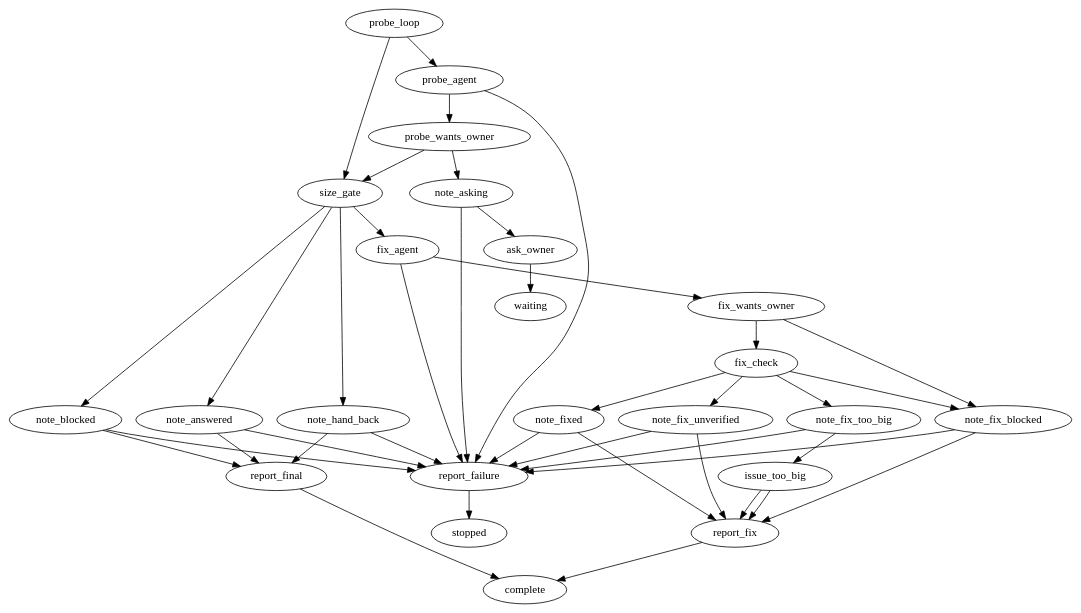
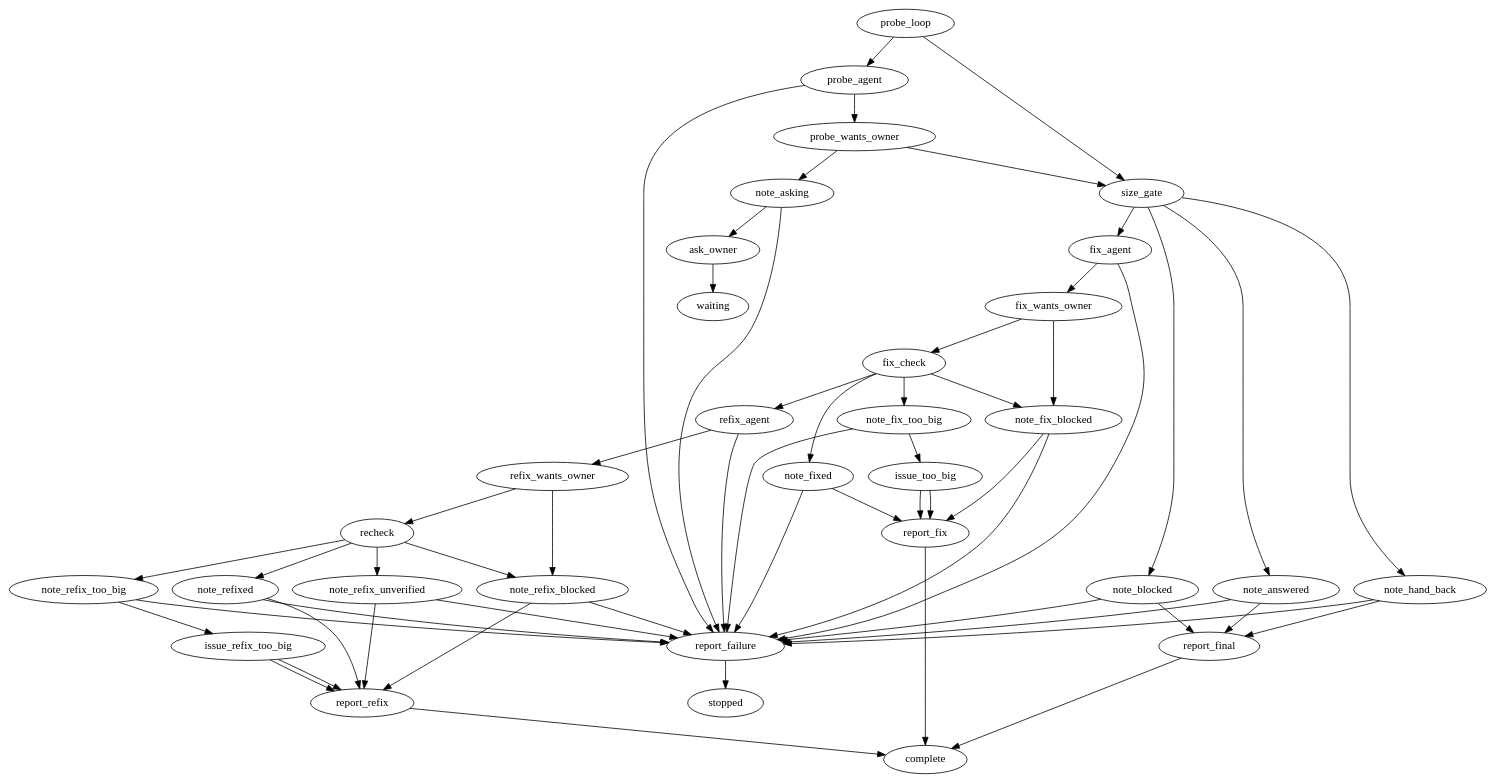
The diagram in internal/teamsource/swift-ios/spike/spike.dot (marioatcloudvane/litefactory), drawn with Graphviz before and after one commit. The commit also changed 35 other files, not shown here.

First line of the commit message:
Give reviewers and Spike agents the access their job needs

```diff
--- a/internal/teamsource/swift-ios/spike/spike.dot
+++ b/internal/teamsource/swift-ios/spike/spike.dot
@@ -1,106 +1,141 @@
-// Spike answers one narrow question. It investigates read-only and, when the
-// proposed change is small, makes that one change with a write-capable fixer and
-// has it measured and checked. It writes SPIKE.md with a declared status and
+// Spike answers one narrow question. It investigates read-only (it may run the
+// project's checks, never change a file) and, when the proposed change is small,
+// makes that one change with a write-capable fixer and has it measured and
+// checked. It writes SPIKE.md with a declared status and
 // reports once. There is no owner approval step; the only owner wait is one
 // question round, and the fixer never asks.
 //
 // This file is the only place the flow lives. Order, branches, limits, access
 // level, size thresholds and the status written into SPIKE.md on each path are
 // all declared here. Go supplies steps; it never picks the next step.
 //
 // An owner reply re-runs the investigator directly (limit 2 runs). Every limit
 // persists across replies, so a second question is refused by the limit on the
 // note and question steps rather than by any Go counter.
 //
-// The fix path has no edge back to the fixer or the check, which is what limits
-// each to one run and rules out a retry loop: a failed check is reported as
-// unverified, not repaired.
+// The fix path allows exactly one repair: a failed check hands the change and the
+// check result to a second fixer pass (refix_agent), whose change is checked
+// again. A second failure is reported as unverified, not repaired. The second
+// pass is its own nodes rather than an edge back, so every node still runs at
+// most once and nothing can loop.
 digraph spike {
  graph [team="swift-ios", mode="spike", profile_version="1", start="probe_loop"];
 
  // ---- Investigate (read-only) ------------------------------------------------
  probe_loop        [lf_action="lf_loop", lf_outcomes="true,false", lf_field="response", lf_condition="ask", lf_default="ask", lf_limit="2", lf_source="probe_agent"];
  probe_agent       [lf_action="lf_agent", lf_outcomes="success,failed", lf_agent_markdown="spike-investigator", lf_skills="spike-result", lf_access="read", lf_limit="2"];
  probe_wants_owner [lf_action="lf_if", lf_outcomes="true,false", lf_field="response", lf_condition="ask", lf_limit="2", lf_source="probe_agent"];
  note_asking       [lf_action="lf_spike_note", lf_status="asking", lf_outcomes="success,failed", lf_source="probe_agent", lf_limit="1"];
  ask_owner         [lf_action="lf_ask", lf_outcomes="published", lf_kind="question", lf_source="probe_agent", lf_limit="1"];
 
  // ---- Measure the proposed change ---------------------------------------------
  size_gate         [lf_action="lf_spike_gate", lf_max_files="3", lf_forbid="package,dependency,schema,api", lf_outcomes="none,small,too_big,blocked", lf_source="probe_agent", lf_limit="1"];
 
  // ---- Make and check one small fix (write) ------------------------------------
  fix_agent                [lf_action="lf_agent", lf_outcomes="success,failed", lf_agent_markdown="spike-fixer", lf_skills="spike-result", lf_access="write", lf_limit="1"];
  fix_wants_owner    [lf_action="lf_if", lf_outcomes="true,false", lf_field="response", lf_condition="ask", lf_limit="1", lf_source="fix_agent"];
  fix_check            [lf_action="lf_spike_check", lf_max_files="3", lf_forbid="package,dependency,schema,api", lf_phases="focused,full", lf_outcomes="passed,failed,too_big,blocked", lf_source="fix_agent", lf_limit="2"];
  note_fixed           [lf_action="lf_spike_note", lf_status="fixed", lf_outcomes="success,failed", lf_source="fix_agent", lf_limit="1"];
- note_fix_unverified  [lf_action="lf_spike_note", lf_status="fix_unverified", lf_outcomes="success,failed", lf_source="fix_agent", lf_limit="1"];
  note_fix_too_big     [lf_action="lf_spike_note", lf_status="fix_too_big", lf_outcomes="success,failed", lf_source="fix_agent", lf_limit="1"];
  note_fix_blocked     [lf_action="lf_spike_note", lf_status="blocked", lf_outcomes="success,failed", lf_source="fix_agent", lf_limit="1"];
  issue_too_big        [lf_action="lf_spike_issue", lf_outcomes="filed,failed", lf_source="fix_agent", lf_limit="2"];
  report_fix           [lf_action="lf_comment", lf_outcomes="published", lf_kind="final", lf_source="fix_agent", lf_limit="1"];
+
+ // ---- One repair after a failed check (write) ---------------------------------
+ refix_agent             [lf_action="lf_agent", lf_outcomes="success,failed", lf_agent_markdown="spike-fixer", lf_skills="spike-result", lf_access="write", lf_limit="1"];
+ refix_wants_owner       [lf_action="lf_if", lf_outcomes="true,false", lf_field="response", lf_condition="ask", lf_limit="1", lf_source="refix_agent"];
+ recheck                 [lf_action="lf_spike_check", lf_max_files="3", lf_forbid="package,dependency,schema,api", lf_phases="focused,full", lf_outcomes="passed,failed,too_big,blocked", lf_source="refix_agent", lf_limit="1"];
+ note_refixed            [lf_action="lf_spike_note", lf_status="fixed", lf_outcomes="success,failed", lf_source="refix_agent", lf_limit="1"];
+ note_refix_unverified   [lf_action="lf_spike_note", lf_status="fix_unverified", lf_outcomes="success,failed", lf_source="refix_agent", lf_limit="1"];
+ note_refix_too_big      [lf_action="lf_spike_note", lf_status="fix_too_big", lf_outcomes="success,failed", lf_source="refix_agent", lf_limit="1"];
+ note_refix_blocked      [lf_action="lf_spike_note", lf_status="blocked", lf_outcomes="success,failed", lf_source="refix_agent", lf_limit="1"];
+ issue_refix_too_big     [lf_action="lf_spike_issue", lf_outcomes="filed,failed", lf_source="refix_agent", lf_limit="2"];
+ report_refix            [lf_action="lf_comment", lf_outcomes="published", lf_kind="final", lf_source="refix_agent", lf_limit="1"];
 
  // ---- Record the outcome, then report once ------------------------------------
  note_answered     [lf_action="lf_spike_note", lf_status="answered", lf_outcomes="success,failed", lf_source="probe_agent", lf_limit="1"];
  note_hand_back    [lf_action="lf_spike_note", lf_status="hand_back", lf_outcomes="success,failed", lf_source="probe_agent", lf_limit="1"];
  note_blocked      [lf_action="lf_spike_note", lf_status="blocked", lf_outcomes="success,failed", lf_source="probe_agent", lf_limit="1"];
  report_final      [lf_action="lf_comment", lf_outcomes="published", lf_kind="final", lf_source="probe_agent", lf_limit="1"];
 
  // ---- Failure and terminals -----------------------------------------------------
  report_failure    [lf_action="lf_comment", lf_outcomes="published", lf_kind="failure", lf_limit="1"];
  waiting           [lf_terminal="true"];
  complete          [lf_terminal="true"];
  stopped           [lf_terminal="true"];
 
  // Investigate. An owner reply re-runs the investigator itself.
  probe_loop        -> probe_agent       [lf_on="true"];
  probe_loop        -> size_gate         [lf_on="false"];
  probe_agent       -> probe_wants_owner [lf_on="success"];
  probe_wants_owner -> note_asking       [lf_on="true"];
  probe_wants_owner -> size_gate         [lf_on="false"];
  note_asking       -> ask_owner         [lf_on="success"];
  ask_owner         -> waiting           [lf_on="published"];
 
  // The gate reads the proposed change and names one outcome; each outcome has
  // its own recorded status, except a small one, which goes to the fixer.
  size_gate -> note_answered     [lf_on="none"];
  size_gate -> fix_agent             [lf_on="small"];
  size_gate -> note_hand_back    [lf_on="too_big"];
  size_gate -> note_blocked      [lf_on="blocked"];
 
  note_answered     -> report_final [lf_on="success"];
  note_hand_back    -> report_final [lf_on="success"];
  note_blocked      -> report_final [lf_on="success"];
  report_final      -> complete     [lf_on="published"];
 
  // A failed step reports why and stops; nothing retries on its own.
  probe_agent       -> report_failure [lf_on="failed"];
  note_asking       -> report_failure [lf_on="failed"];
  note_answered     -> report_failure [lf_on="failed"];
  note_hand_back    -> report_failure [lf_on="failed"];
  note_blocked      -> report_failure [lf_on="failed"];
  report_failure    -> stopped        [lf_on="published"];
 
- // Fix once, measure once, report once. The fix_agent's ask is not an owner wait: it
- // is recorded as blocked. Nothing leads back to the fixer or the check.
+ // Fix, measure, and on a failed check repair once. The fix_agent's ask is not an
+ // owner wait: it is recorded as blocked. Nothing leads back to the same fixer
+ // or check.
  fix_agent               -> fix_wants_owner   [lf_on="success"];
  fix_wants_owner   -> note_fix_blocked    [lf_on="true"];
  fix_wants_owner   -> fix_check           [lf_on="false"];
  fix_check           -> note_fixed          [lf_on="passed"];
- fix_check           -> note_fix_unverified [lf_on="failed"];
+ fix_check           -> refix_agent         [lf_on="failed"];
  fix_check           -> note_fix_too_big    [lf_on="too_big"];
  fix_check           -> note_fix_blocked    [lf_on="blocked"];
  note_fixed          -> report_fix          [lf_on="success"];
- note_fix_unverified -> report_fix          [lf_on="success"];
  note_fix_blocked    -> report_fix          [lf_on="success"];
  note_fix_too_big    -> issue_too_big       [lf_on="success"];
  issue_too_big       -> report_fix          [lf_on="filed"];
  issue_too_big       -> report_fix          [lf_on="failed"];
  report_fix          -> complete            [lf_on="published"];
 
  // A failed fixer or note reports why and stops; nothing retries on its own.
  fix_agent               -> report_failure [lf_on="failed"];
  note_fixed          -> report_failure [lf_on="failed"];
- note_fix_unverified -> report_failure [lf_on="failed"];
  note_fix_too_big    -> report_failure [lf_on="failed"];
  note_fix_blocked    -> report_failure [lf_on="failed"];
+
+ // The one repair: same rules as the first pass, and a second failed check is
+ // reported as unverified.
+ refix_agent         -> refix_wants_owner     [lf_on="success"];
+ refix_wants_owner   -> note_refix_blocked    [lf_on="true"];
+ refix_wants_owner   -> recheck               [lf_on="false"];
+ recheck             -> note_refixed          [lf_on="passed"];
+ recheck             -> note_refix_unverified [lf_on="failed"];
+ recheck             -> note_refix_too_big    [lf_on="too_big"];
+ recheck             -> note_refix_blocked    [lf_on="blocked"];
+ note_refixed          -> report_refix        [lf_on="success"];
+ note_refix_unverified -> report_refix        [lf_on="success"];
+ note_refix_blocked    -> report_refix        [lf_on="success"];
+ note_refix_too_big    -> issue_refix_too_big [lf_on="success"];
+ issue_refix_too_big   -> report_refix        [lf_on="filed"];
+ issue_refix_too_big   -> report_refix        [lf_on="failed"];
+ report_refix          -> complete            [lf_on="published"];
+
+ refix_agent           -> report_failure [lf_on="failed"];
+ note_refixed          -> report_failure [lf_on="failed"];
+ note_refix_unverified -> report_failure [lf_on="failed"];
+ note_refix_too_big    -> report_failure [lf_on="failed"];
+ note_refix_blocked    -> report_failure [lf_on="failed"];
 }
```
